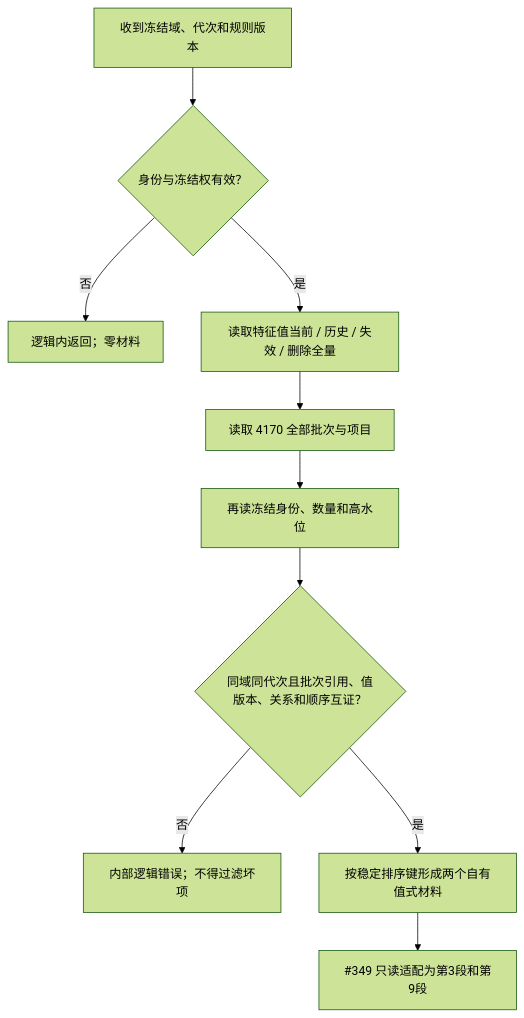
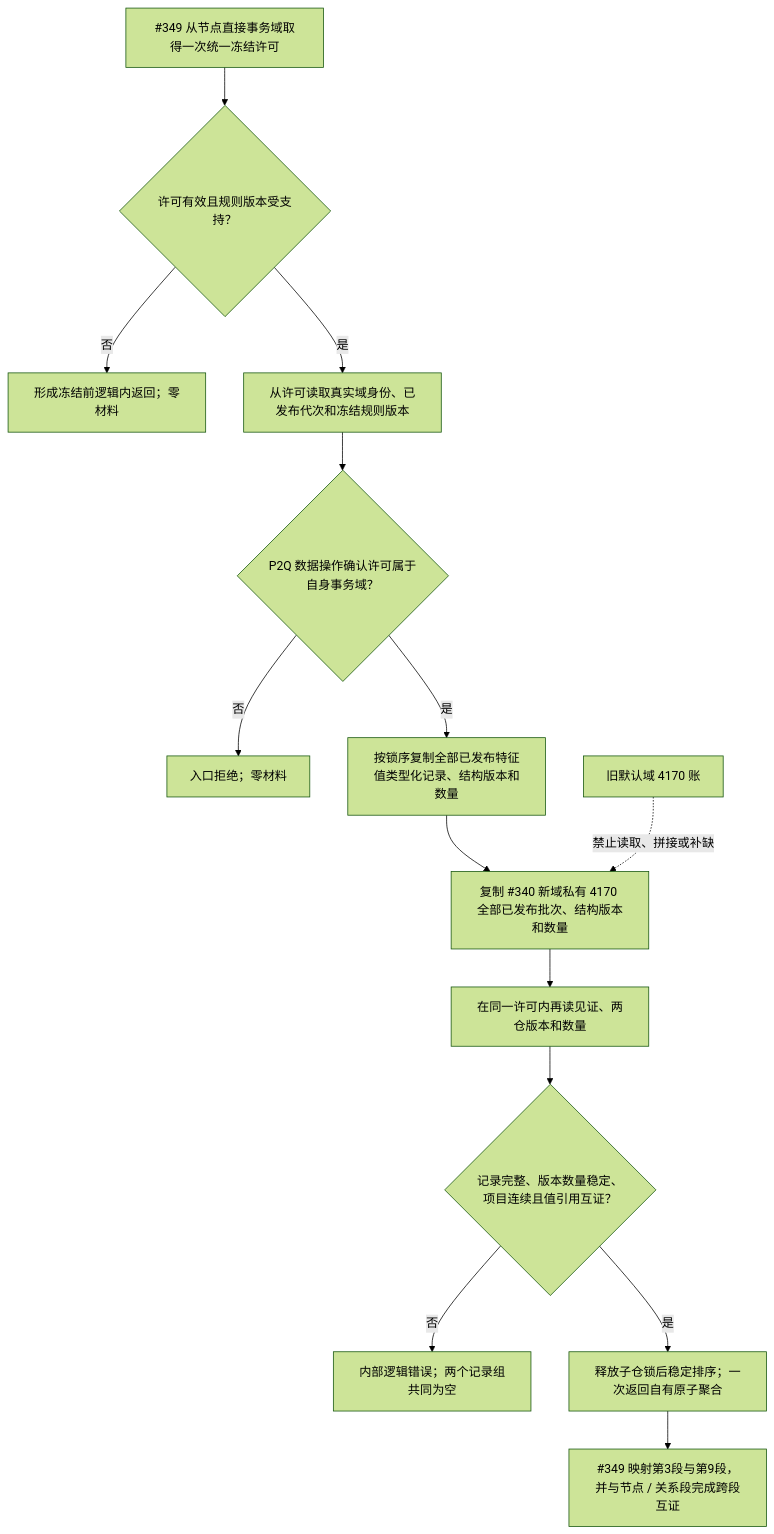
Before and after one commit to chunhaizh-cyber/HY-Ego: the diagram in 流程图/20260724_NODE-TYPED-MIGRATION_NT-P2Q_特征值与4170同代次冻结提供者施工流程图_v0.1.md, drawn with Mermaid (forest theme). The commit also changed other lines of this file and 12 other files, not shown here.

````diff
--- a/流程图/20260724_NODE-TYPED-MIGRATION_NT-P2Q_特征值与4170同代次冻结提供者施工流程图_v0.1.md
+++ b/流程图/20260724_NODE-TYPED-MIGRATION_NT-P2Q_特征值与4170同代次冻结提供者施工流程图_v0.1.md
@@ -19,12 +20,16 @@
 ```mermaid
 flowchart TD
-    A["收到冻结域、代次和规则版本"] --> B{"身份与冻结权有效？"}
-    B -- "否" --> R["逻辑内返回；零材料"]
-    B -- "是" --> C["读取特征值当前 / 历史 / 失效 / 删除全量"]
-    C --> D["读取 4170 全部批次与项目"]
-    D --> E["再读冻结身份、数量和高水位"]
-    E --> F{"同域同代次且批次引用、值版本、关系和顺序互证？"}
-    F -- "否" --> X["内部逻辑错误；不得过滤坏项"]
-    F -- "是" --> G["按稳定排序键形成两个自有值式材料"]
-    G --> H["#349 只读适配为第3段和第9段"]
+    A["#349 从节点直接事务域取得一次统一冻结许可"] --> B{"许可有效且规则版本受支持？"}
+    B -- "否" --> R["形成冻结前逻辑内返回；零材料"]
+    B -- "是" --> C["从许可读取真实域身份、已发布代次和冻结规则版本"]
+    C --> D{"P2Q 数据操作确认许可属于自身事务域？"}
+    D -- "否" --> X["入口拒绝；零材料"]
+    D -- "是" --> E["按锁序复制全部已发布特征值类型化记录、结构版本和数量"]
+    E --> F["复制 #340 新域私有 4170 全部已发布批次、结构版本和数量"]
+    F --> G["在同一许可内再读见证、两仓版本和数量"]
+    G --> H{"记录完整、版本数量稳定、项目连续且值引用互证？"}
+    H -- "否" --> Y["内部逻辑错误；两个记录组共同为空"]
+    H -- "是" --> I["释放子仓锁后稳定排序；一次返回自有原子聚合"]
+    I --> J["#349 映射第3段与第9段，并与节点 / 关系段完成跨段互证"]
+    K["旧默认域 4170 账"] -. "禁止读取、拼接或补缺" .-> F
 ```
````
